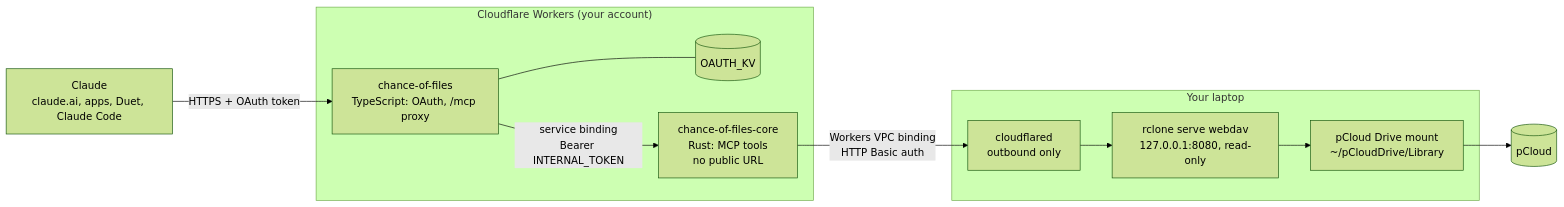
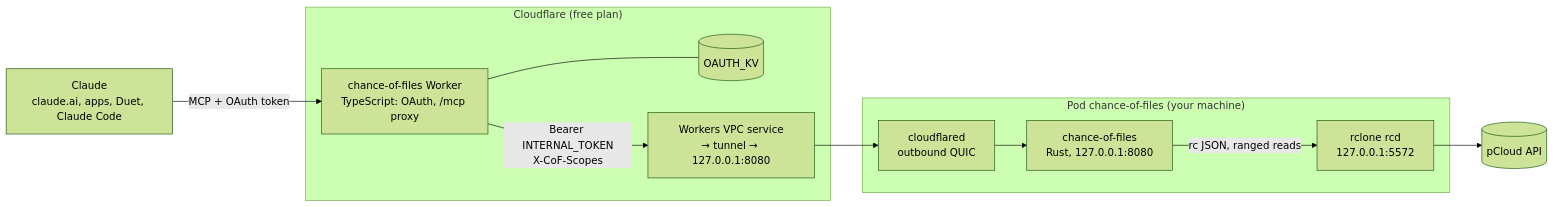
One commit to tywrr/pcloud-mcp changed the diagram in README.md. Above: the diagram before and after it, drawn with Mermaid (forest theme). The commit also changed other lines of this file and 72 other files, not shown here.

First line of the commit message:
v0.2.0: native server on Kubernetes, rclone backend, scopes

````diff
--- a/README.md
+++ b/README.md
@@ -50,20 +50,19 @@
 ```mermaid
 flowchart LR
   claude["Claude<br/>claude.ai, apps, Duet, Claude Code"]
-  subgraph cf["Cloudflare Workers (your account)"]
-    auth["chance-of-files<br/>TypeScript: OAuth, /mcp proxy"]
+  subgraph cf["Cloudflare (free plan)"]
+    auth["chance-of-files Worker<br/>TypeScript: OAuth, /mcp proxy"]
     kv[("OAUTH_KV")]
-    core["chance-of-files-core<br/>Rust: MCP tools<br/>no public URL"]
+    vpc["Workers VPC service<br/>→ tunnel → 127.0.0.1:8080"]
   end
-  subgraph laptop["Your laptop"]
-    cfd["cloudflared<br/>outbound only"]
-    rclone["rclone serve webdav<br/>127.0.0.1:8080, read-only"]
-    drive["pCloud Drive mount<br/>~/pCloudDrive/Library"]
+  subgraph pod["Pod chance-of-files (your machine)"]
+    cfd["cloudflared<br/>outbound QUIC"]
+    core["chance-of-files<br/>Rust, 127.0.0.1:8080"]
+    rclone["rclone rcd<br/>127.0.0.1:5572"]
   end
-  pcloud[("pCloud")]
-  claude -- "HTTPS + OAuth token" --> auth
+  pcloud[("pCloud API")]
+  claude -- "MCP + OAuth token" --> auth
   auth --- kv
-  auth -- "service binding<br/>Bearer INTERNAL_TOKEN" --> core
-  core -- "Workers VPC binding<br/>HTTP Basic auth" --> cfd
-  cfd --> rclone --> drive --> pcloud
+  auth -- "Bearer INTERNAL_TOKEN<br/>X-CoF-Scopes" --> vpc --> cfd --> core
+  core -- "rc JSON, ranged reads" --> rclone --> pcloud
 ```
````
